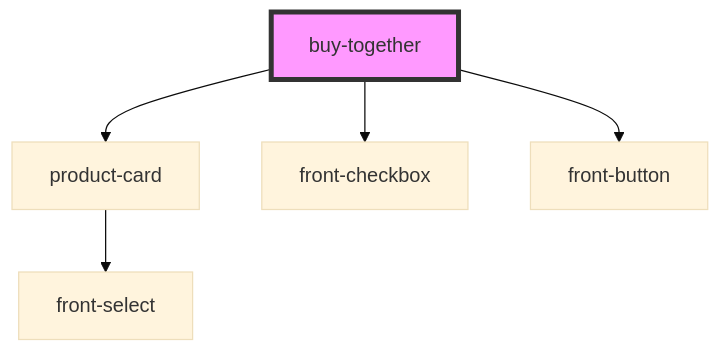
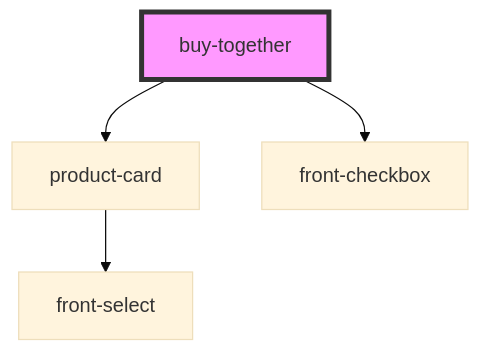
Before and after one commit to commerce-suite/storefront-components: the diagram in src/components/buy-together/readme.md, drawn with Mermaid (base theme). The commit also changed other lines of this file and 4 other files, not shown here.

Commit message:
refactor(front-button): uso do mixin front-button em buy-together

````diff
--- a/src/components/buy-together/readme.md
+++ b/src/components/buy-together/readme.md
@@ -17,8 +16,7 @@
 ```mermaid
 graph TD;
   buy-together --> product-card
   buy-together --> front-checkbox
-  buy-together --> front-button
   product-card --> front-select
   style buy-together fill:#f9f,stroke:#333,stroke-width:4px
 ```
````
